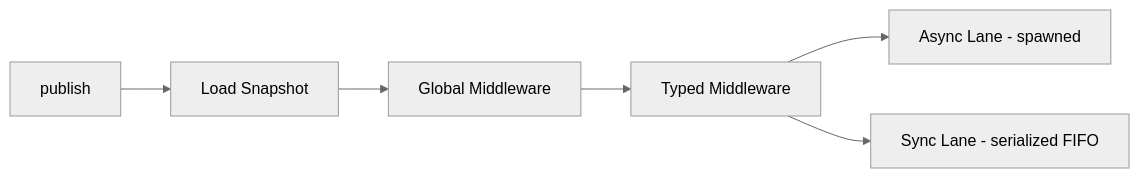
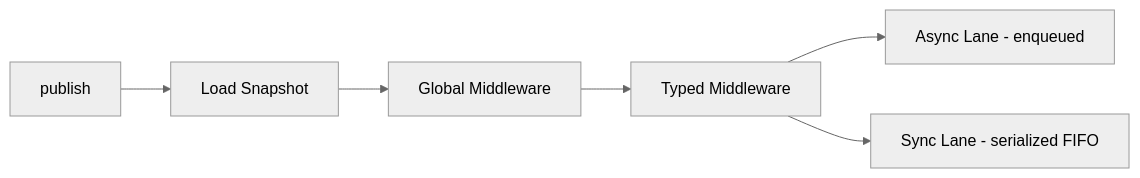
One commit to LinkeTh/jaeb changed the diagram in README.md. Above: the diagram before and after it, drawn with Mermaid (neutral theme). The commit also changed other lines of this file and 164 other files, not shown here.

````diff
--- a/README.md
+++ b/README.md
@@ -143,8 +141,8 @@
 ```mermaid
 graph LR
     P[publish] --> S[Load Snapshot]
     S --> GM[Global Middleware]
     GM --> TM[Typed Middleware]
-    TM --> AL[Async Lane - spawned]
+    TM --> AL[Async Lane - enqueued]
     TM --> SL[Sync Lane - serialized FIFO]
 ```
````
